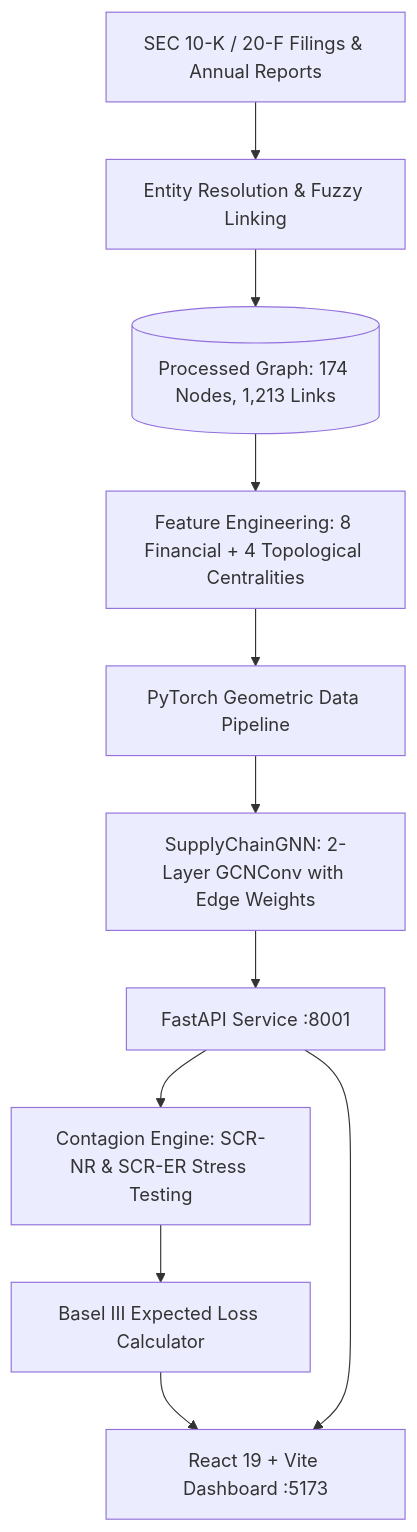
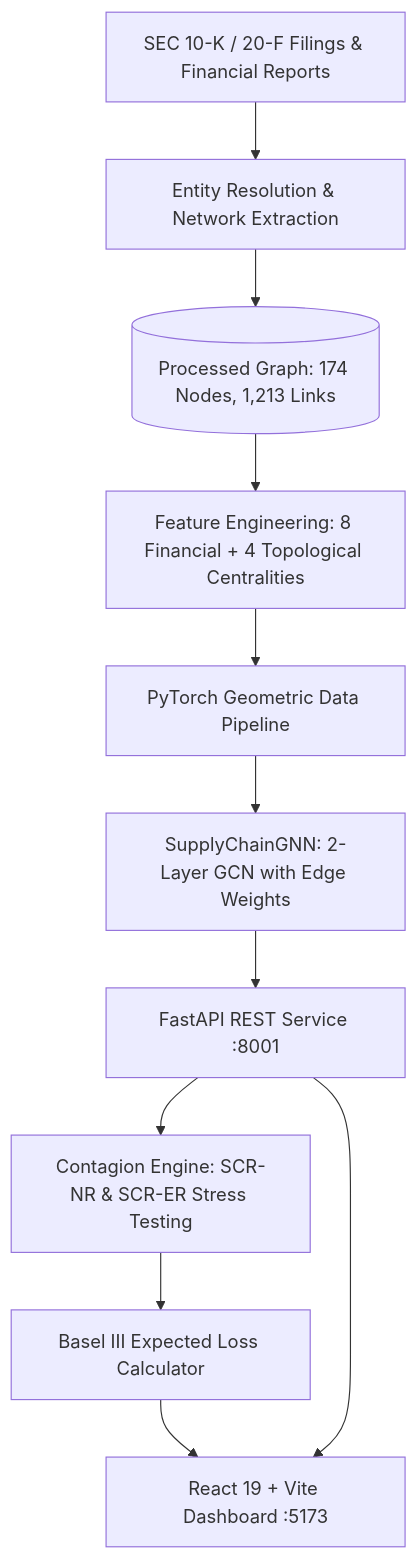
Before and after one commit to vardhan-19/Supply-Chain-Network-Credit-Contagion: the diagram in README.md, drawn with Mermaid. The commit also changed other lines of this file and 9 other files, not shown here.

````diff
--- a/README.md
+++ b/README.md
@@ -40,13 +32,13 @@
 ```mermaid
 graph TD
-    A[SEC 10-K / 20-F Filings & Annual Reports] --> B[Entity Resolution & Fuzzy Linking]
+    A[SEC 10-K / 20-F Filings & Financial Reports] --> B[Entity Resolution & Network Extraction]
     B --> C[(Processed Graph: 174 Nodes, 1,213 Links)]
     C --> D[Feature Engineering: 8 Financial + 4 Topological Centralities]
     D --> E[PyTorch Geometric Data Pipeline]
-    E --> F[SupplyChainGNN: 2-Layer GCNConv with Edge Weights]
-    F --> G[FastAPI Service :8001]
+    E --> F[SupplyChainGNN: 2-Layer GCN with Edge Weights]
+    F --> G[FastAPI REST Service :8001]
     G --> H[Contagion Engine: SCR-NR & SCR-ER Stress Testing]
     H --> I[Basel III Expected Loss Calculator]
     I --> J[React 19 + Vite Dashboard :5173]
     G --> J
 ```
````
